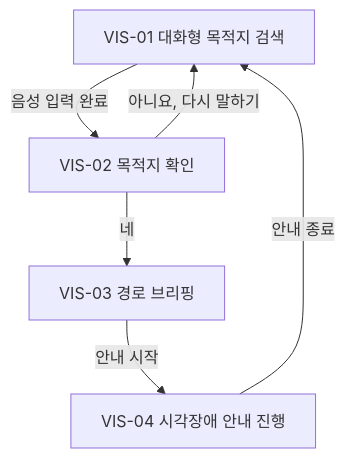
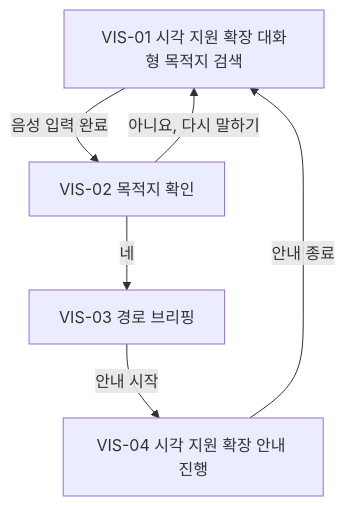
Before and after one commit to busaneumgil/busaneumgil: the fifth of 5 diagrams in FE/docs/2026-04-22_부산이음길_FE_화면_인벤토리_및_라우트_맵.md, drawn with Mermaid. The commit also changed other lines of this file and 4 other files, not shown here.

````diff
--- a/FE/docs/2026-04-22_부산이음길_FE_화면_인벤토리_및_라우트_맵.md
+++ b/FE/docs/2026-04-22_부산이음길_FE_화면_인벤토리_및_라우트_맵.md
@@ -667,8 +647,8 @@
 ```mermaid
 flowchart TD
-    A["VIS-01 대화형 목적지 검색"] -->|음성 입력 완료| B["VIS-02 목적지 확인"]
+    A["VIS-01 시각 지원 확장 대화형 목적지 검색"] -->|음성 입력 완료| B["VIS-02 목적지 확인"]
     B -->|네| C["VIS-03 경로 브리핑"]
     B -->|아니요, 다시 말하기| A
-    C -->|안내 시작| D["VIS-04 시각장애 안내 진행"]
+    C -->|안내 시작| D["VIS-04 시각 지원 확장 안내 진행"]
     D -->|안내 종료| A
 ```
````
